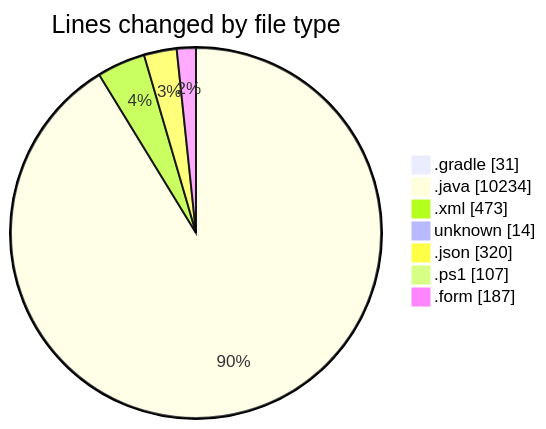
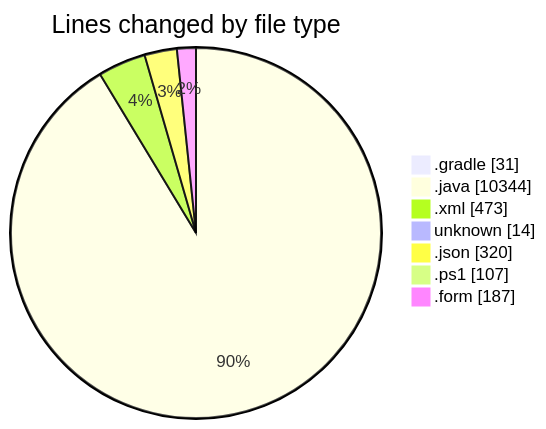
The first of 2 diagrams in 2025-02-21/micros/README.md (charlie-sans/code-tracking), drawn with Mermaid before and after one commit. The commit also changed other lines of this file and 1 other file, not shown here.

````diff
--- a/2025-02-21/micros/README.md
+++ b/2025-02-21/micros/README.md
@@ -78,11 +78,11 @@
 ```mermaid
 pie showData
 title Lines changed by file type
 ".gradle" : 31
-".java" : 10234
+".java" : 10344
 ".xml" : 473
 "unknown" : 14
 ".json" : 320
 ".ps1" : 107
 ".form" : 187
 ```
````
